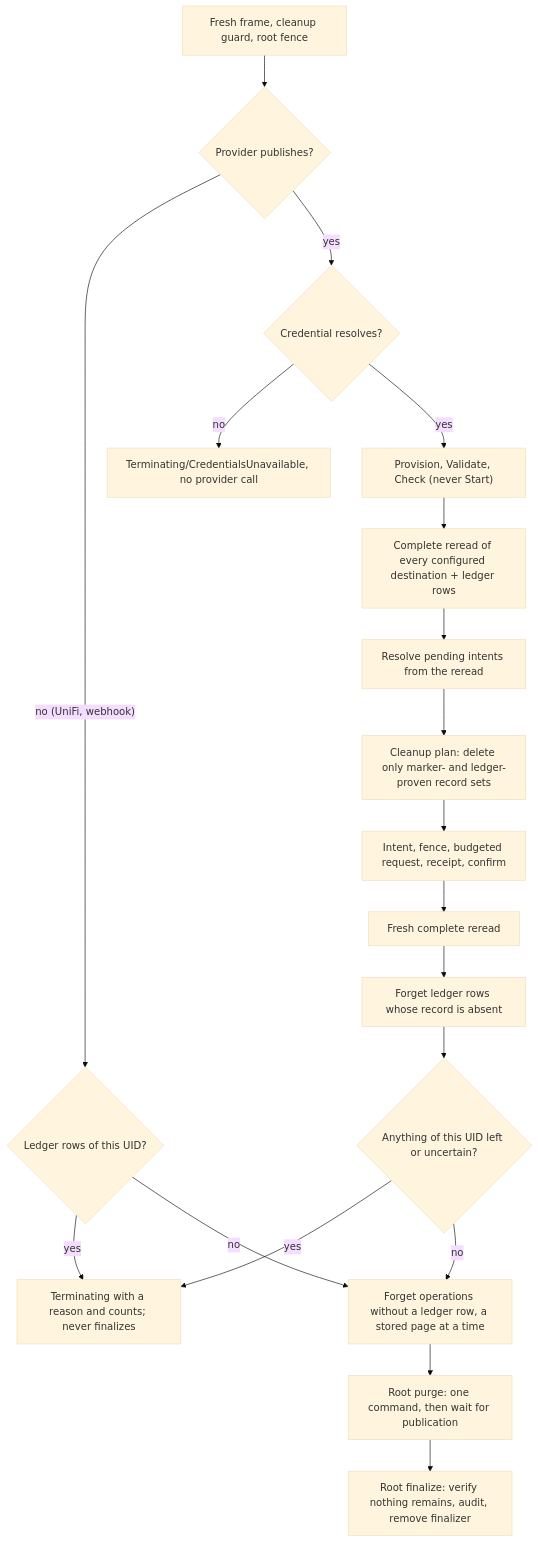
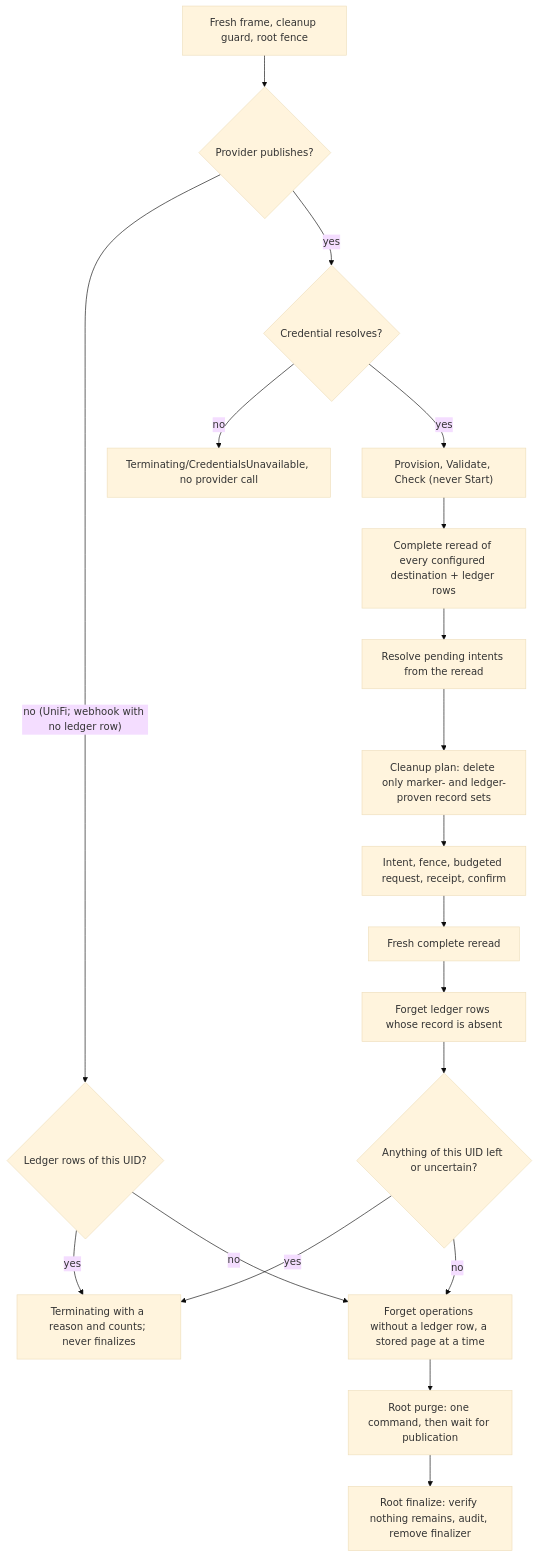
The fifth of 12 diagrams in docs/architecture/integrations.md (robertherbaugh/kudurru), drawn with Mermaid (base theme) before and after one commit. The commit also changed other lines of this file and 1 other file, not shown here.

First line of the commit message:
docs(integrations): describe webhook record ownership

````diff
--- a/docs/architecture/integrations.md
+++ b/docs/architecture/integrations.md
@@ -308,21 +308,21 @@
 ```mermaid
 flowchart TD
     Frame["Fresh frame, cleanup guard, root fence"] --> Kind{"Provider publishes?"}
-    Kind -- "no (UniFi, webhook)" --> Rows{"Ledger rows of this UID?"}
+    Kind -- "no (UniFi; webhook with no ledger row)" --> Rows{"Ledger rows of this UID?"}
     Kind -- yes --> Credential{"Credential resolves?"}
     Credential -- no --> PausedC["Terminating/CredentialsUnavailable, no provider call"]
     Credential -- yes --> Provision["Provision, Validate, Check (never Start)"]
     Provision --> Read["Complete reread of every configured destination + ledger rows"]
     Read --> Recover["Resolve pending intents from the reread"]
     Recover --> Plan["Cleanup plan: delete only marker- and ledger-proven record sets"]
     Plan --> Apply["Intent, fence, budgeted request, receipt, confirm"]
     Apply --> Reread["Fresh complete reread"]
     Reread --> Forget["Forget ledger rows whose record is absent"]
     Forget --> Clean{"Anything of this UID left or uncertain?"}
     Rows -- yes --> Blocked
     Clean -- yes --> Blocked["Terminating with a reason and counts; never finalizes"]
     Clean -- no --> Leftovers["Forget operations without a ledger row, a stored page at a time"]
     Rows -- no --> Leftovers
     Leftovers --> Purge["Root purge: one command, then wait for publication"]
     Purge --> Finalize["Root finalize: verify nothing remains, audit, remove finalizer"]
 ```
````
